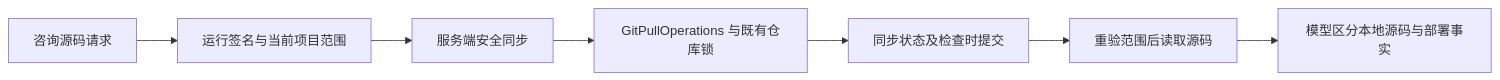
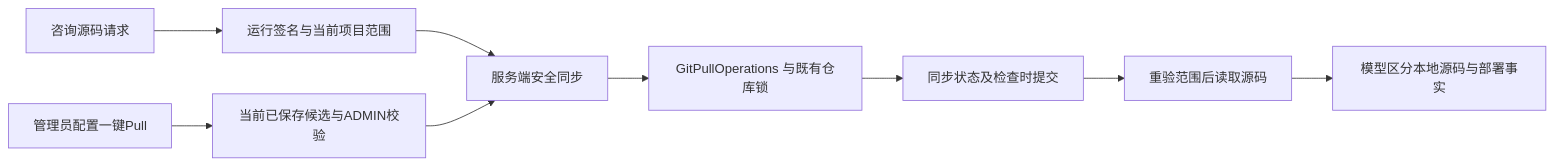
One commit to exception-coder/kai-toolbox changed diagram 26 of 26 in docs/ai-coding-architecture.md. Above: the diagram before and after it, drawn with Mermaid. The commit also changed other lines of this file and 14 other files, not shown here.

````diff
--- a/docs/ai-coding-architecture.md
+++ b/docs/ai-coding-architecture.md
@@ -721,9 +721,11 @@
 ```mermaid
 flowchart LR
   Tool[咨询源码请求] --> Scope[运行签名与当前项目范围]
   Scope --> Sync[服务端安全同步]
+  Admin[管理员配置一键Pull] --> Candidates[当前已保存候选与ADMIN校验]
+  Candidates --> Sync
   Sync --> Port[GitPullOperations 与既有仓库锁]
   Port --> Evidence[同步状态及检查时提交]
   Evidence --> Read[重验范围后读取源码]
   Read --> Agent[模型区分本地源码与部署事实]
 ```
````
